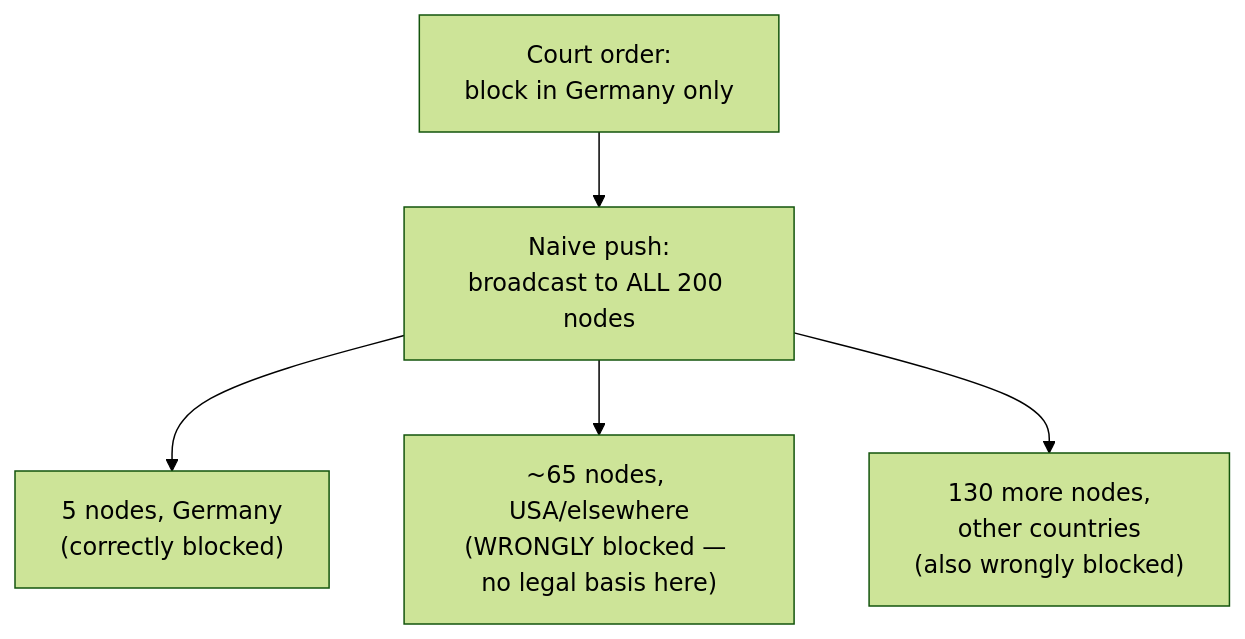
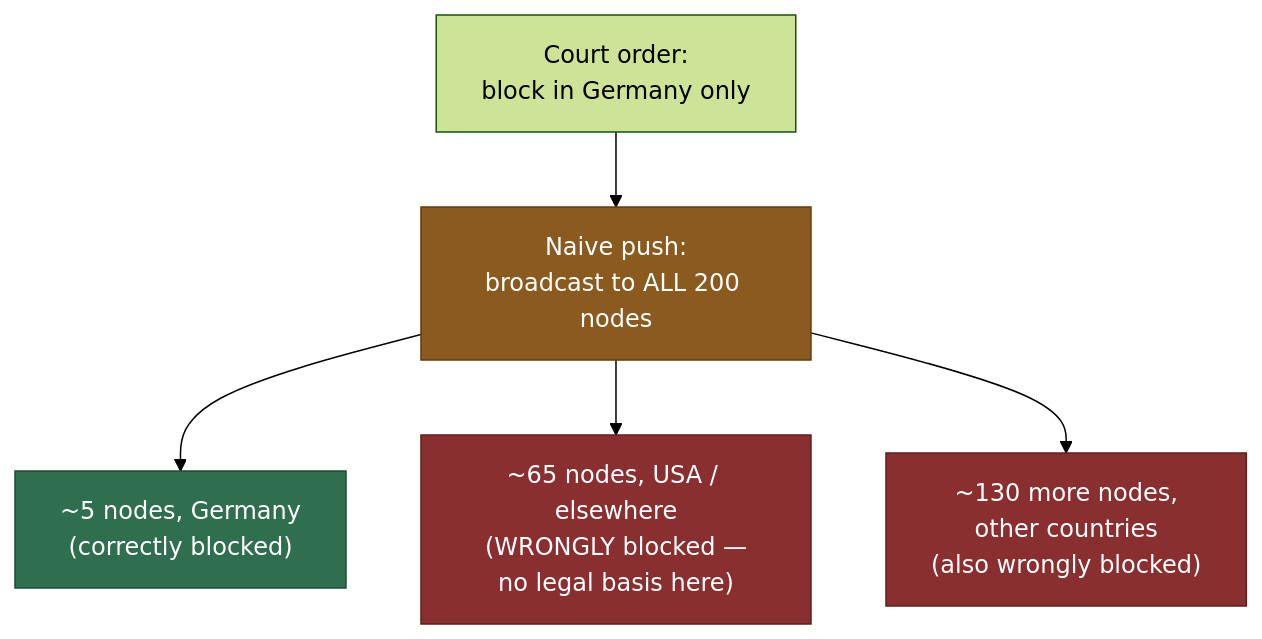
One commit to riyaz-pasha/Learnings changed the third of 13 diagrams in system-design/HLD/0-course/48-Legal-Takedown-Propagation-System-FAANG-Guide-story.md. Above: the diagram before and after it, drawn with Mermaid (forest theme). The commit also changed other lines of this file and 1 other file, not shown here.

Commit message:
[REWRITE] Legal Takedown Propagation story guide: simplify prose, add structure, fix diagrams

````diff
--- a/system-design/HLD/0-course/48-Legal-Takedown-Propagation-System-FAANG-Guide-story.md
+++ b/system-design/HLD/0-course/48-Legal-Takedown-Propagation-System-FAANG-Guide-story.md
@@ -70,7 +163,14 @@
 ```mermaid
 flowchart TD
-    Order["Court order:\nblock in Germany only"] --> Naive["Naive push:\nbroadcast to ALL 200 nodes"]
-    Naive --> DE["5 nodes, Germany\n(correctly blocked)"]
-    Naive --> US["~65 nodes, USA/elsewhere\n(WRONGLY blocked — no legal basis here)"]
-    Naive --> Other["130 more nodes,\nother countries\n(also wrongly blocked)"]
+    Order["Court order:<br/>block in Germany only"] --> Naive["Naive push:<br/>broadcast to ALL 200 nodes"]
+    Naive --> DE["~5 nodes, Germany<br/>(correctly blocked)"]
+    Naive --> US["~65 nodes, USA / elsewhere<br/>(WRONGLY blocked —<br/>no legal basis here)"]
+    Naive --> Other["~130 more nodes,<br/>other countries<br/>(also wrongly blocked)"]
+
+    classDef ok fill:#2f6f4f,stroke:#1c4a33,color:#ffffff
+    classDef bad fill:#8a2f2f,stroke:#5e1f1f,color:#ffffff
+    classDef broadcast fill:#8a5a1f,stroke:#5e3d13,color:#ffffff
+    class Naive broadcast
+    class DE ok
+    class US,Other bad
 ```
````
